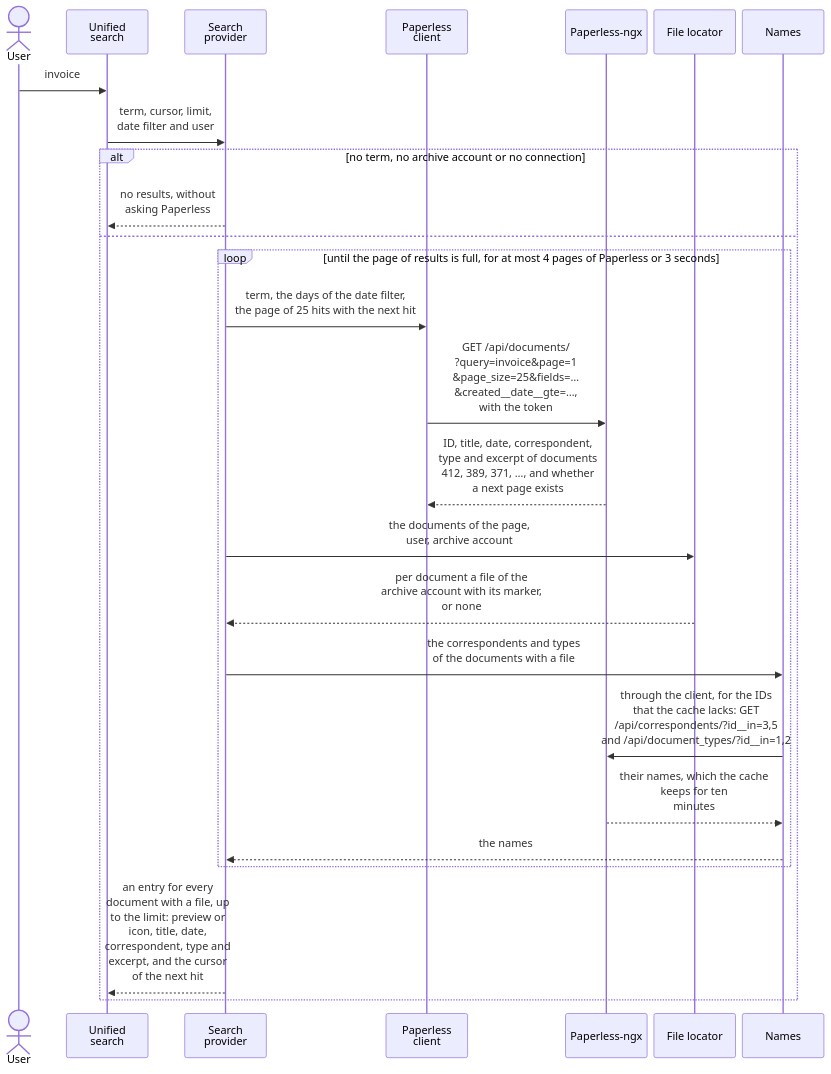
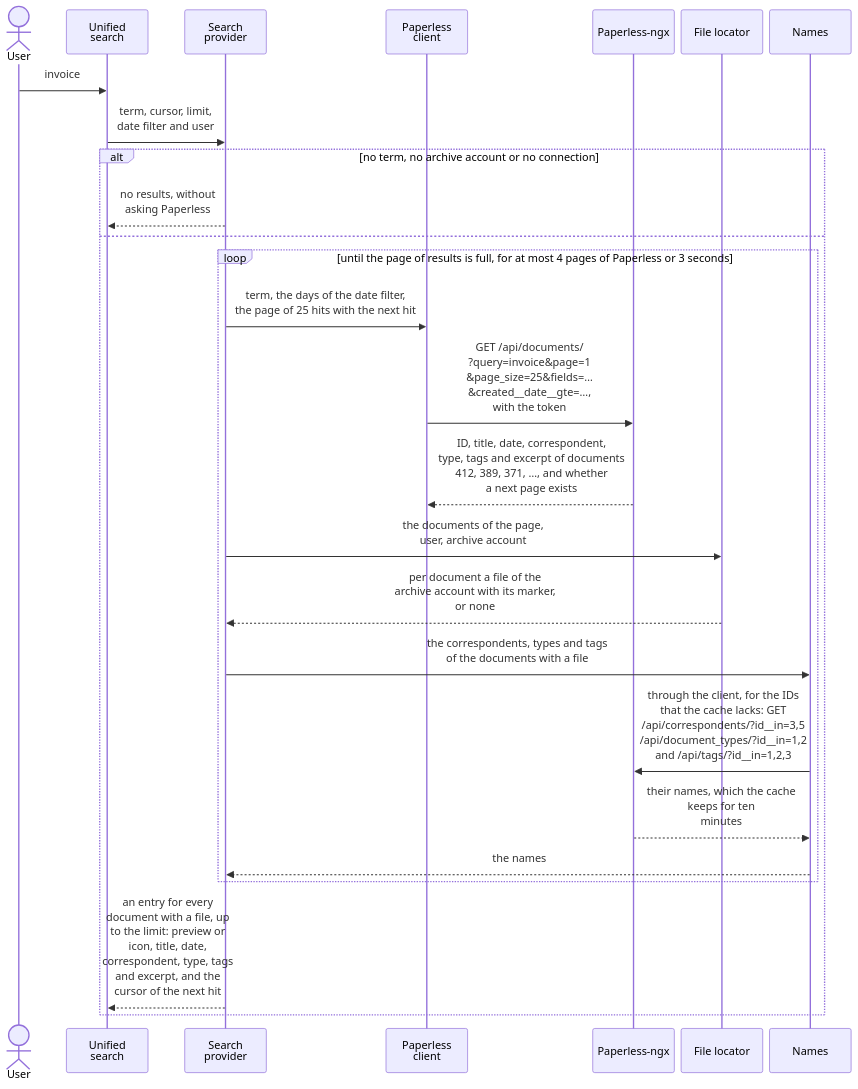
One commit to Dennis-Otto/paperless-unified-search changed the diagram in docs/diagrams/the-data-flow-of-a-search.mmd. Above: the diagram before and after it, drawn with Mermaid. The commit also changed 94 other files, not shown here.

First line of the commit message:
feat: results show the tags of a document (#271)

```diff
--- a/docs/diagrams/the-data-flow-of-a-search.mmd
+++ b/docs/diagrams/the-data-flow-of-a-search.mmd
@@ -1,36 +1,36 @@
 ---
 config:
   sequence:
     wrap: true
     width: 120
     actorMargin: 10
 ---
 sequenceDiagram
     accTitle: The data flow of a search
-    accDescr: A user searches for invoice. The unified search passes the term, the cursor, the limit, the date filter and the user to the search provider. Without a term, an archive account or a connection, the provider answers with no results and doesn't ask Paperless. Otherwise, until the page of results is full, the Paperless client asks Paperless-ngx with the token for the page of 25 hits that holds the next hit, within the days of the date filter, and only for the fields that a result shows, and Paperless answers with the ID, the title, the date, the IDs of the correspondent and the type and the excerpt of documents 412, 389, 371 and more, and whether a next page exists. One call of the file locator covers all documents of that page and returns for each a file of the archive account with its marker, or none. For the documents with a file, the names ask Paperless, through the client, for the correspondents and the types that the cache doesn't hold, with one request per kind, and keep their names for ten minutes. This repeats for at most 4 pages of Paperless or 3 seconds. The provider answers with an entry for every document with a file, up to the limit, with the preview of the file or the icon of its type, the title, the date in the language of the user, the correspondent, the type and the excerpt, and the cursor of the first hit that it didn't go through.
+    accDescr: A user searches for invoice. The unified search passes the term, the cursor, the limit, the date filter and the user to the search provider. Without a term, an archive account or a connection, the provider answers with no results and doesn't ask Paperless. Otherwise, until the page of results is full, the Paperless client asks Paperless-ngx with the token for the page of 25 hits that holds the next hit, within the days of the date filter, and only for the fields that a result shows, and Paperless answers with the ID, the title, the date, the IDs of the correspondent, the type and the tags and the excerpt of documents 412, 389, 371 and more, and whether a next page exists. One call of the file locator covers all documents of that page and returns for each a file of the archive account with its marker, or none. For the documents with a file, the names ask Paperless, through the client, for the correspondents, the types and the tags that the cache doesn't hold, with one request per kind, and keep their names for ten minutes. This repeats for at most 4 pages of Paperless or 3 seconds. The provider answers with an entry for every document with a file, up to the limit, with the preview of the file or the icon of its type, the title, the date in the language of the user, the correspondent, the type and the excerpt, and the cursor of the first hit that it didn't go through.
 
     actor User
     participant Search as Unified search
     participant Provider as Search provider
     participant Client as Paperless client
     participant Paperless as Paperless-ngx
     participant Locator as File locator
     participant Names as Names
     User->>Search: invoice
     Search->>Provider: term, cursor, limit,<br>date filter and user
     alt no term, no archive account or no connection
         Provider-->>Search: no results, without asking Paperless
     else
         loop until the page of results is full, for at most 4 pages of Paperless or 3 seconds
             Provider->>Client: term, the days of the date filter,<br>the page of 25 hits with the next hit
             Client->>Paperless: GET /api/documents/<br>?query=invoice&page=1<br>&page_size=25&fields=…<br>&created__date__gte=…,<br>with the token
-            Paperless-->>Client: ID, title, date, correspondent,<br>type and excerpt of documents<br>412, 389, 371, …, and whether<br>a next page exists
+            Paperless-->>Client: ID, title, date, correspondent,<br>type, tags and excerpt of documents<br>412, 389, 371, …, and whether<br>a next page exists
             Provider->>Locator: the documents of the page,<br>user, archive account
             Locator-->>Provider: per document a file of the<br>archive account with its marker,<br>or none
-            Provider->>Names: the correspondents and types<br>of the documents with a file
-            Names->>Paperless: through the client, for the IDs<br>that the cache lacks: GET<br>/api/correspondents/?id__in=3,5<br>and /api/document_types/?id__in=1,2
+            Provider->>Names: the correspondents, types and tags<br>of the documents with a file
+            Names->>Paperless: through the client, for the IDs<br>that the cache lacks: GET<br>/api/correspondents/?id__in=3,5<br>/api/document_types/?id__in=1,2<br>and /api/tags/?id__in=1,2,3
             Paperless-->>Names: their names, which the cache<br>keeps for ten minutes
             Names-->>Provider: the names
         end
-        Provider-->>Search: an entry for every document with a file, up to the limit: preview or icon, title, date, correspondent, type and excerpt, and the cursor of the next hit
+        Provider-->>Search: an entry for every document with a file, up to the limit: preview or icon, title, date, correspondent, type, tags and excerpt, and the cursor of the next hit
     end
```
